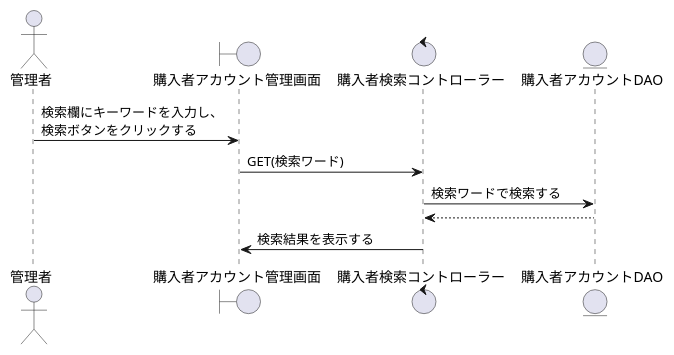
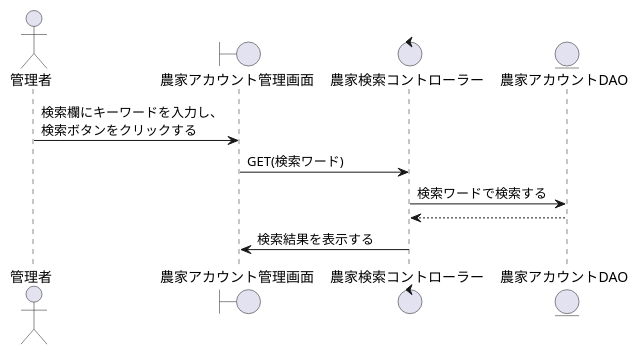
One commit to SK-B-S/PJ changed the diagram in PJ_シーケンス/管理者/農家アカウント検索.wsd. Above: the diagram before and after it, drawn with PlantUML. The commit also changed 2 other files, not shown here.

```diff
--- a/PJ_シーケンス/管理者/農家アカウント検索.wsd
+++ b/PJ_シーケンス/管理者/農家アカウント検索.wsd
@@ -1,16 +1,16 @@
 @startuml 農家アカウント検索
 
 actor    "管理者" as act
-boundary "購入者アカウント管理画面" as purchase_management_s
-control  "購入者検索コントローラー" as purchase_search_c
-entity   "購入者アカウントDAO" as purchase_DAO
+boundary "農家アカウント管理画面" as purchase_management_s
+control  "農家検索コントローラー" as purchase_search_c
+entity   "農家アカウントDAO" as purchase_DAO
 
 '-------------------------------------------------------------------------
 
 act -> purchase_management_s: 検索欄にキーワードを入力し、\n検索ボタンをクリックする
 purchase_management_s -> purchase_search_c : GET(検索ワード)
 purchase_search_c -> purchase_DAO : 検索ワードで検索する
 purchase_search_c <-- purchase_DAO
 purchase_management_s <- purchase_search_c: 検索結果を表示する
 
 @enduml
```
